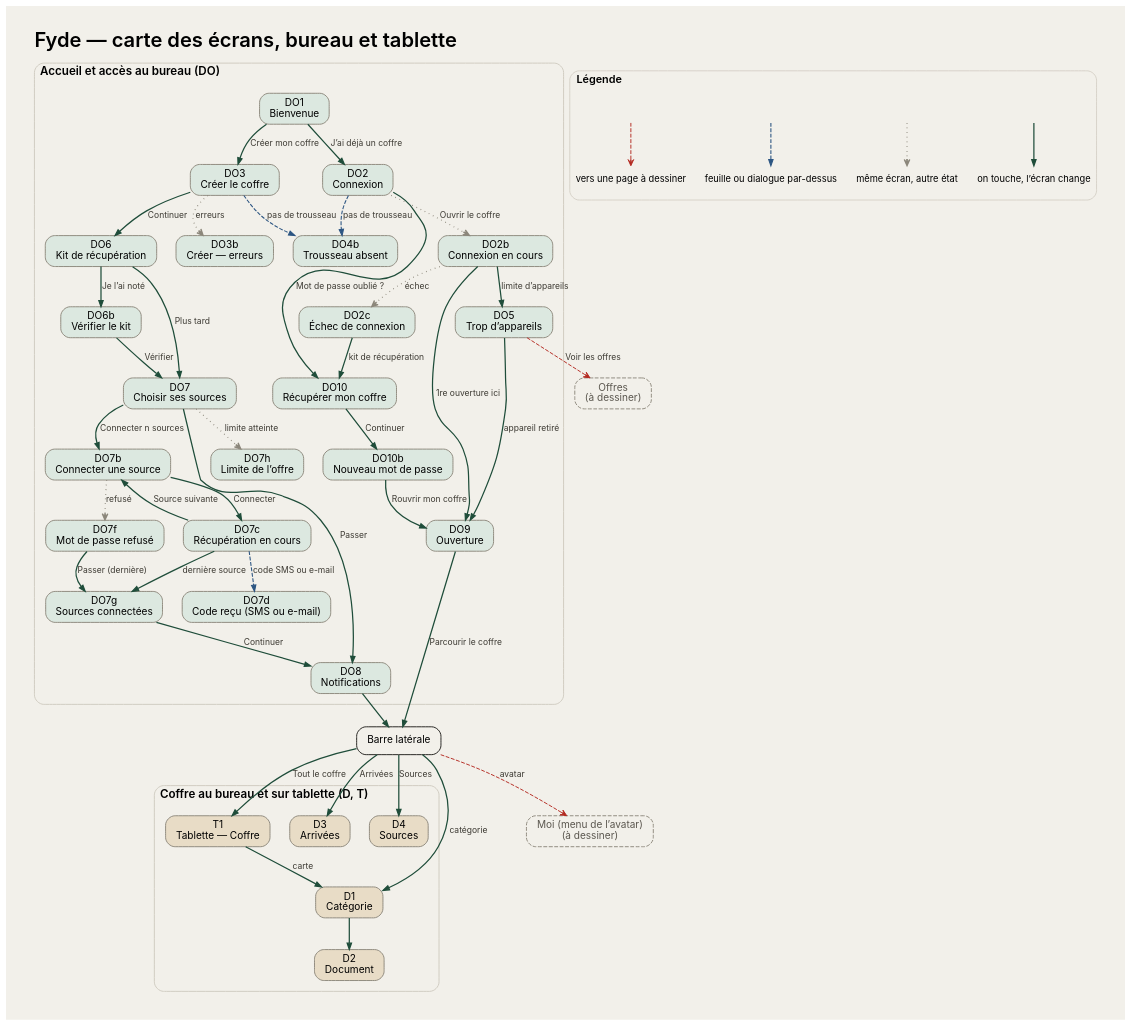
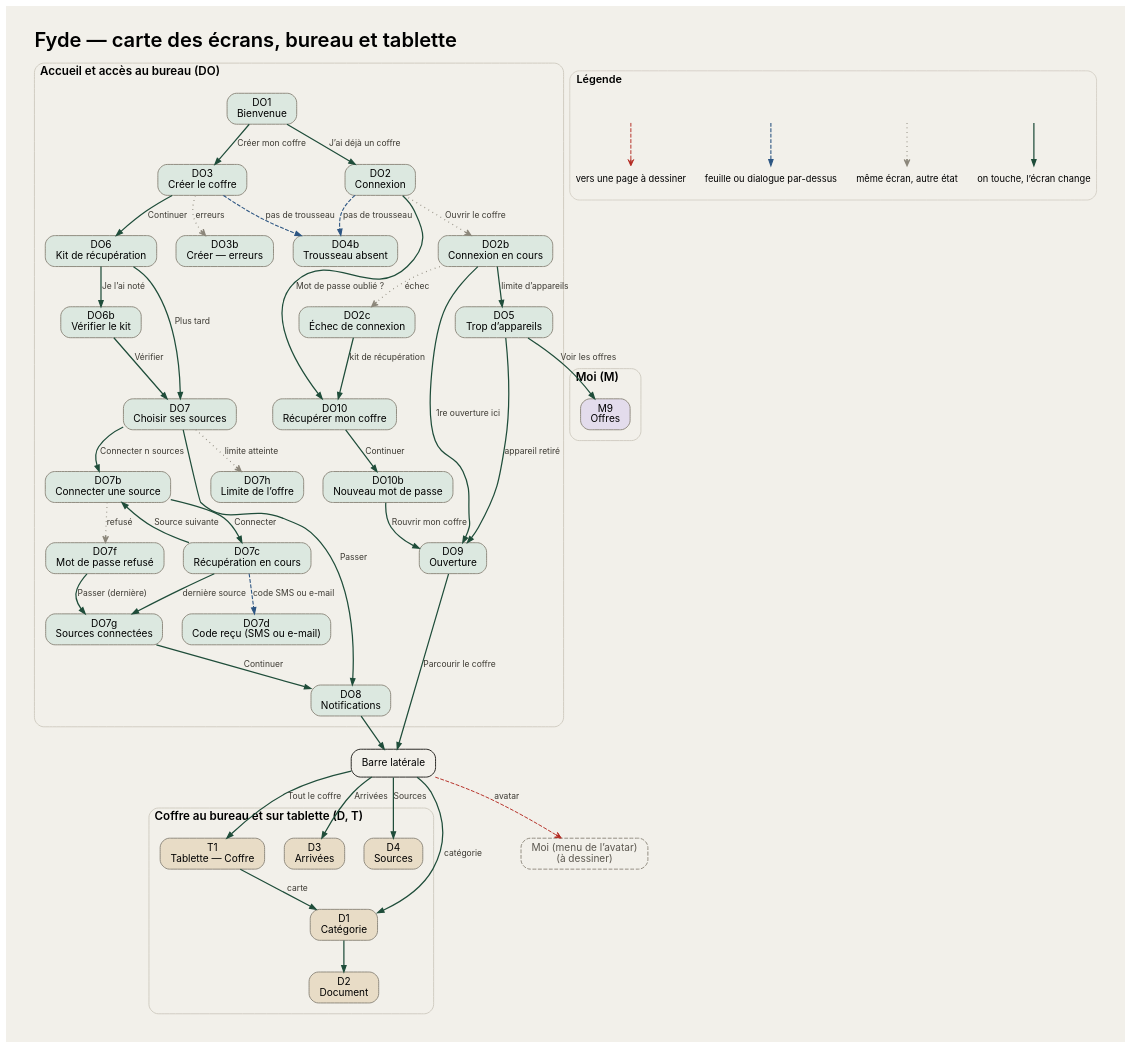
Before and after one commit to fyde-lab/application: the diagram in design/assets/maps/carte-bureau.dot, drawn with Graphviz. The commit also changed 21 other files, not shown here.

```diff
--- a/design/assets/maps/carte-bureau.dot
+++ b/design/assets/maps/carte-bureau.dot
@@ -1,84 +1,86 @@
 digraph "carte-bureau" {
 rankdir=TB; newrank=true; compound=true; nodesep=0.35; ranksep=0.55;
 label="Fyde — carte des écrans, bureau et tablette"; labelloc=t; labeljust=l; fontsize=26; fontname="Inter SemiBold"; pad=0.4; bgcolor="#F2F0EA";
 node [fontname="Inter" fontsize=13 margin="0.18,0.08" penwidth=1.2];
 edge [fontname="Inter" fontsize=11 fontcolor="#3d3a33" arrowsize=0.8];
-"PLANS" [label="Offres\n(à dessiner)" shape=box style="rounded,dashed,filled" color="#8C877B" fillcolor="#F2F0EA" fontcolor="#5B574F"];
+subgraph "cluster_moi" { label="Moi (M)"; fontname="Inter SemiBold"; fontsize=15; style="rounded"; color="#CFCAC0"; penwidth=1.2; margin=14;
+  "M9" [label="M9\nOffres" shape=box style="rounded,filled" color="#8C877B" fillcolor="#E3DCEC"];
+}
 subgraph "cluster_donb" { label="Accueil et accès au bureau (DO)"; fontname="Inter SemiBold"; fontsize=15; style="rounded"; color="#CFCAC0"; penwidth=1.2; margin=14;
   "DO1" [label="DO1\nBienvenue" shape=box style="rounded,filled" color="#8C877B" fillcolor="#DCE8E0"];
   "DO2" [label="DO2\nConnexion" shape=box style="rounded,filled" color="#8C877B" fillcolor="#DCE8E0"];
   "DO2b" [label="DO2b\nConnexion en cours" shape=box style="rounded,filled" color="#8C877B" fillcolor="#DCE8E0"];
   "DO2c" [label="DO2c\nÉchec de connexion" shape=box style="rounded,filled" color="#8C877B" fillcolor="#DCE8E0"];
   "DO3" [label="DO3\nCréer le coffre" shape=box style="rounded,filled" color="#8C877B" fillcolor="#DCE8E0"];
   "DO3b" [label="DO3b\nCréer — erreurs" shape=box style="rounded,filled" color="#8C877B" fillcolor="#DCE8E0"];
   "DO4b" [label="DO4b\nTrousseau absent" shape=box style="rounded,filled" color="#8C877B" fillcolor="#DCE8E0"];
   "DO5" [label="DO5\nTrop d’appareils" shape=box style="rounded,filled" color="#8C877B" fillcolor="#DCE8E0"];
   "DO6" [label="DO6\nKit de récupération" shape=box style="rounded,filled" color="#8C877B" fillcolor="#DCE8E0"];
   "DO6b" [label="DO6b\nVérifier le kit" shape=box style="rounded,filled" color="#8C877B" fillcolor="#DCE8E0"];
   "DO7" [label="DO7\nChoisir ses sources" shape=box style="rounded,filled" color="#8C877B" fillcolor="#DCE8E0"];
   "DO7h" [label="DO7h\nLimite de l’offre" shape=box style="rounded,filled" color="#8C877B" fillcolor="#DCE8E0"];
   "DO7b" [label="DO7b\nConnecter une source" shape=box style="rounded,filled" color="#8C877B" fillcolor="#DCE8E0"];
   "DO7c" [label="DO7c\nRécupération en cours" shape=box style="rounded,filled" color="#8C877B" fillcolor="#DCE8E0"];
   "DO7d" [label="DO7d\nCode reçu (SMS ou e-mail)" shape=box style="rounded,filled" color="#8C877B" fillcolor="#DCE8E0"];
   "DO7f" [label="DO7f\nMot de passe refusé" shape=box style="rounded,filled" color="#8C877B" fillcolor="#DCE8E0"];
   "DO7g" [label="DO7g\nSources connectées" shape=box style="rounded,filled" color="#8C877B" fillcolor="#DCE8E0"];
   "DO8" [label="DO8\nNotifications" shape=box style="rounded,filled" color="#8C877B" fillcolor="#DCE8E0"];
   "DO9" [label="DO9\nOuverture" shape=box style="rounded,filled" color="#8C877B" fillcolor="#DCE8E0"];
   "DO10" [label="DO10\nRécupérer mon coffre" shape=box style="rounded,filled" color="#8C877B" fillcolor="#DCE8E0"];
   "DO10b" [label="DO10b\nNouveau mot de passe" shape=box style="rounded,filled" color="#8C877B" fillcolor="#DCE8E0"];
 }
 "SIDE" [label="Barre latérale" shape=box style="rounded,bold" color="#1C1B17" fillcolor="#FFFFFF"];
 subgraph "cluster_dapp" { label="Coffre au bureau et sur tablette (D, T)"; fontname="Inter SemiBold"; fontsize=15; style="rounded"; color="#CFCAC0"; penwidth=1.2; margin=14;
   "T1" [label="T1\nTablette — Coffre" shape=box style="rounded,filled" color="#8C877B" fillcolor="#E8DCC6"];
   "D1" [label="D1\nCatégorie" shape=box style="rounded,filled" color="#8C877B" fillcolor="#E8DCC6"];
   "D2" [label="D2\nDocument" shape=box style="rounded,filled" color="#8C877B" fillcolor="#E8DCC6"];
   "D3" [label="D3\nArrivées" shape=box style="rounded,filled" color="#8C877B" fillcolor="#E8DCC6"];
   "D4" [label="D4\nSources" shape=box style="rounded,filled" color="#8C877B" fillcolor="#E8DCC6"];
 }
 "DMOI" [label="Moi (menu de l’avatar)\n(à dessiner)" shape=box style="rounded,dashed,filled" color="#8C877B" fillcolor="#F2F0EA" fontcolor="#5B574F"];
 "DO1" -> "DO2" [color="#1F4D3A" penwidth=1.6 label="J’ai déjà un coffre"];
 "DO1" -> "DO3" [color="#1F4D3A" penwidth=1.6 label="Créer mon coffre"];
 "DO2" -> "DO2b" [color="#8C877B" style=dotted penwidth=1.6 arrowhead=open label="Ouvrir le coffre"];
 "DO2b" -> "DO2c" [color="#8C877B" style=dotted penwidth=1.6 arrowhead=open label="échec"];
 "DO2" -> "DO4b" [color="#2C5582" style=dashed penwidth=1.4 label="pas de trousseau"];
 "DO2b" -> "DO5" [color="#1F4D3A" penwidth=1.6 label="limite d’appareils"];
 "DO2b" -> "DO9" [color="#1F4D3A" penwidth=1.6 label="1re ouverture ici"];
 "DO5" -> "DO9" [color="#1F4D3A" penwidth=1.6 label="appareil retiré"];
-"DO5" -> "PLANS" [color="#B3261E" style=dashed penwidth=1.2 arrowhead=open label="Voir les offres"];
+"DO5" -> "M9" [color="#1F4D3A" penwidth=1.6 label="Voir les offres"];
 "DO2c" -> "DO10" [color="#1F4D3A" penwidth=1.6 label="kit de récupération"];
 "DO2" -> "DO10" [color="#1F4D3A" penwidth=1.6 label="Mot de passe oublié ?"];
 "DO10" -> "DO10b" [color="#1F4D3A" penwidth=1.6 label="Continuer"];
 "DO10b" -> "DO9" [color="#1F4D3A" penwidth=1.6 label="Rouvrir mon coffre"];
 "DO3" -> "DO3b" [color="#8C877B" style=dotted penwidth=1.6 arrowhead=open label="erreurs"];
 "DO3" -> "DO4b" [color="#2C5582" style=dashed penwidth=1.4 label="pas de trousseau"];
 "DO3" -> "DO6" [color="#1F4D3A" penwidth=1.6 label="Continuer"];
 "DO6" -> "DO6b" [color="#1F4D3A" penwidth=1.6 label="Je l’ai noté"];
 "DO6b" -> "DO7" [color="#1F4D3A" penwidth=1.6 label="Vérifier"];
 "DO6" -> "DO7" [color="#1F4D3A" penwidth=1.6 label="Plus tard"];
 "DO7" -> "DO7h" [color="#8C877B" style=dotted penwidth=1.6 arrowhead=open label="limite atteinte"];
 "DO7" -> "DO7b" [color="#1F4D3A" penwidth=1.6 label="Connecter n sources"];
 "DO7" -> "DO8" [color="#1F4D3A" penwidth=1.6 label="Passer"];
 "DO7b" -> "DO7c" [color="#1F4D3A" penwidth=1.6 label="Connecter"];
 "DO7b" -> "DO7f" [color="#8C877B" style=dotted penwidth=1.6 arrowhead=open label="refusé"];
 "DO7c" -> "DO7d" [color="#2C5582" style=dashed penwidth=1.4 label="code SMS ou e-mail"];
 "DO7c" -> "DO7b" [color="#1F4D3A" penwidth=1.6 label="Source suivante"];
 "DO7c" -> "DO7g" [color="#1F4D3A" penwidth=1.6 label="dernière source"];
 "DO7f" -> "DO7g" [color="#1F4D3A" penwidth=1.6 label="Passer (dernière)"];
 "DO7g" -> "DO8" [color="#1F4D3A" penwidth=1.6 label="Continuer"];
 "DO8" -> "SIDE" [color="#1F4D3A" penwidth=1.6];
 "DO9" -> "SIDE" [color="#1F4D3A" penwidth=1.6 label="Parcourir le coffre"];
 "SIDE" -> "T1" [color="#1F4D3A" penwidth=1.6 label="Tout le coffre"];
 "SIDE" -> "D1" [color="#1F4D3A" penwidth=1.6 label="catégorie"];
 "SIDE" -> "D3" [color="#1F4D3A" penwidth=1.6 label="Arrivées"];
 "SIDE" -> "D4" [color="#1F4D3A" penwidth=1.6 label="Sources"];
 "SIDE" -> "DMOI" [color="#B3261E" style=dashed penwidth=1.2 arrowhead=open label="avatar"];
 "D1" -> "D2" [color="#1F4D3A" penwidth=1.6];
 "T1" -> "D1" [color="#1F4D3A" penwidth=1.6 label="carte"];
 subgraph cluster_legend { label="Légende"; fontname="Inter SemiBold"; fontsize=14; style=rounded; color="#CFCAC0";
   node [shape=plaintext fontsize=12 margin=0];
   la [label=""]; lb [label="on touche, l’écran change"]; lc [label=""]; ld [label="même écran, autre état"];
   le [label=""]; lf [label="feuille ou dialogue par-dessus"]; lg [label=""]; lh [label="vers une page à dessiner"];
   la -> lb [color="#1F4D3A" penwidth=1.6]; lc -> ld [color="#8C877B" style=dotted penwidth=1.6 arrowhead=open];
   le -> lf [color="#2C5582" style=dashed penwidth=1.4]; lg -> lh [color="#B3261E" style=dashed penwidth=1.2 arrowhead=open];
 }
 }
```
